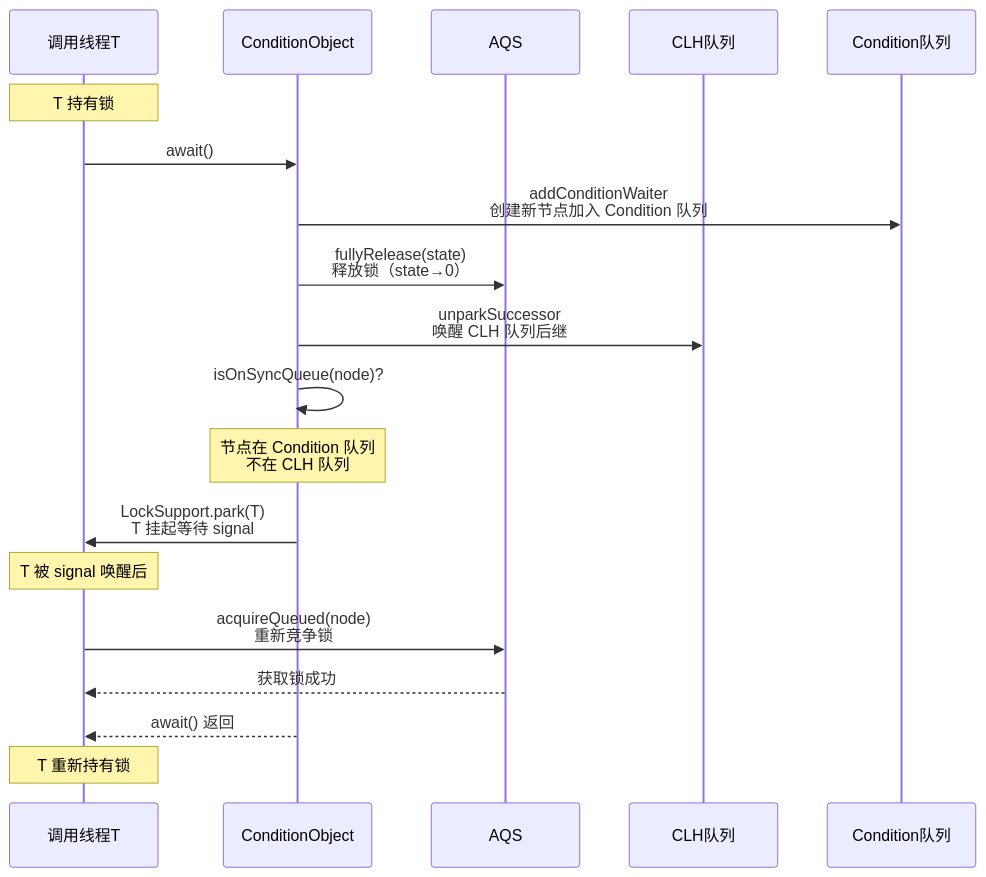
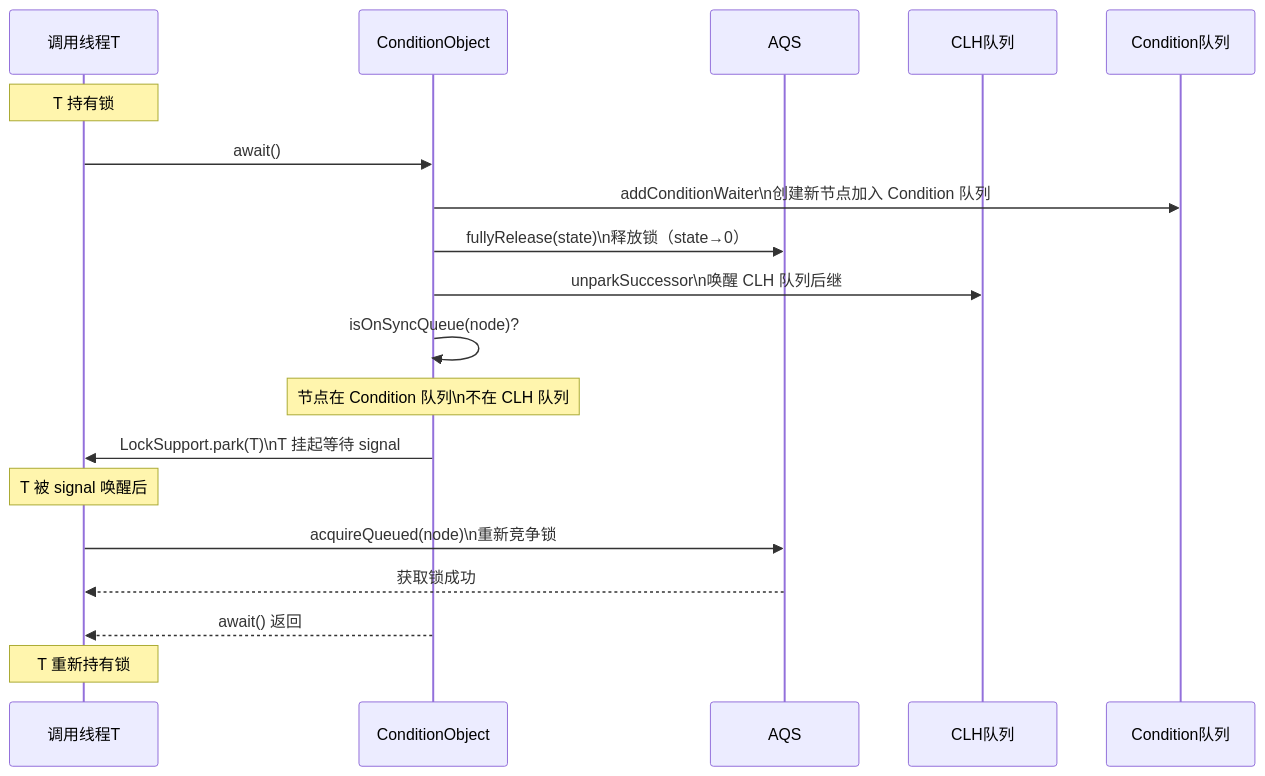
One commit to yaocat55/yaocat55.github.io changed the eighth of 9 diagrams in content/posts/concurrency/ReentrantLock.md. Above: the diagram before and after it, drawn with Mermaid. The commit also changed other lines of this file and 155 other files, not shown here.

````diff
--- a/content/posts/concurrency/ReentrantLock.md
+++ b/content/posts/concurrency/ReentrantLock.md
@@ -582,22 +616,22 @@
 ```mermaid
 sequenceDiagram
     participant T as 调用线程T
     participant CO as ConditionObject
     participant AQS as AQS
     participant Q as CLH队列
     participant CQ as Condition队列
 
     Note over T: T 持有锁
     T->>CO: await()
-    CO->>CQ: addConditionWaiter<br/>创建新节点加入 Condition 队列
-    CO->>AQS: fullyRelease(state)<br/>释放锁（state→0）
-    CO->>Q: unparkSuccessor<br/>唤醒 CLH 队列后继
+    CO->>CQ: addConditionWaiter\n创建新节点加入 Condition 队列
+    CO->>AQS: fullyRelease(state)\n释放锁（state→0）
+    CO->>Q: unparkSuccessor\n唤醒 CLH 队列后继
     CO->>CO: isOnSyncQueue(node)?
-    Note over CO: 节点在 Condition 队列<br/>不在 CLH 队列
-    CO->>T: LockSupport.park(T)<br/>T 挂起等待 signal
+    Note over CO: 节点在 Condition 队列\n不在 CLH 队列
+    CO->>T: LockSupport.park(T)\nT 挂起等待 signal
     Note over T: T 被 signal 唤醒后
-    T->>AQS: acquireQueued(node)<br/>重新竞争锁
+    T->>AQS: acquireQueued(node)\n重新竞争锁
     AQS-->>T: 获取锁成功
     CO-->>T: await() 返回
     Note over T: T 重新持有锁
 ```
````
